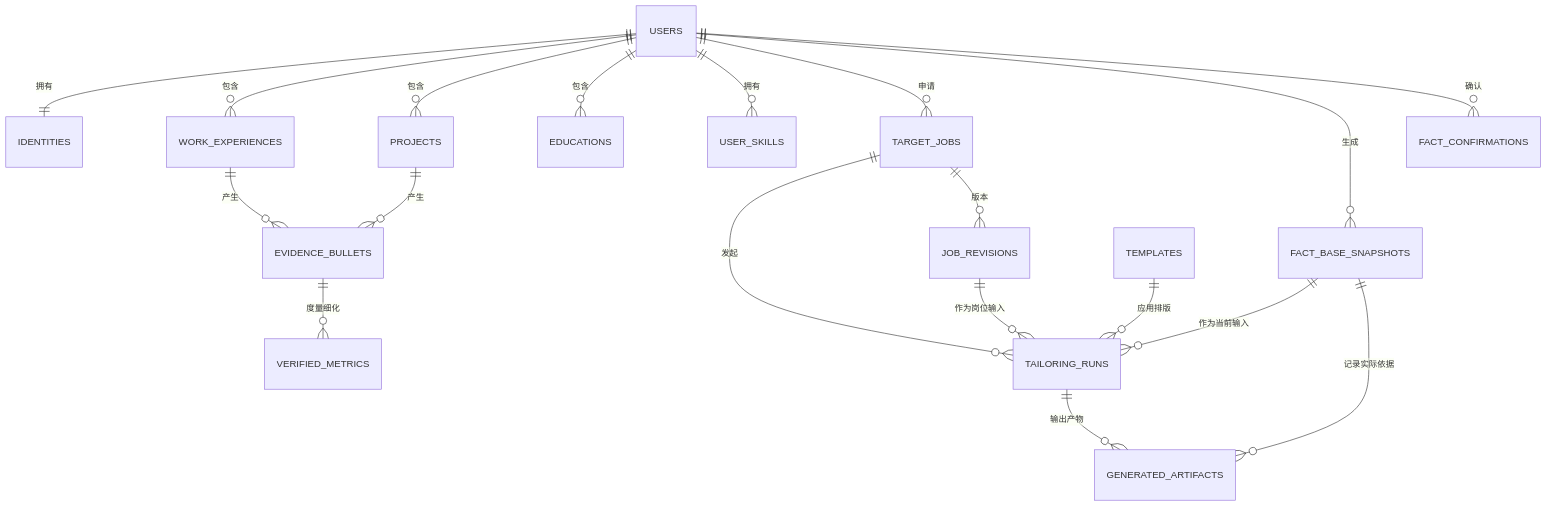
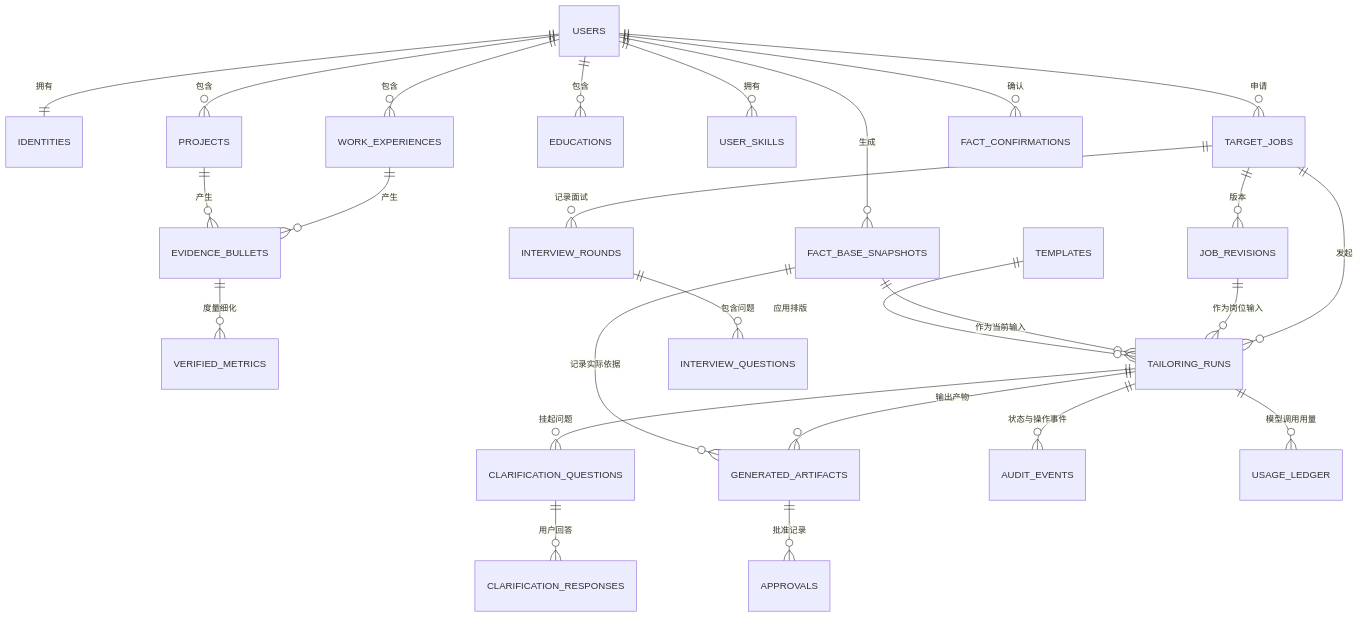
Before and after one commit to zy79/Resume_tailor: the second of 2 diagrams in documents/resume_tailor_agent_design.md, drawn with Mermaid. The commit also changed other lines of this file and 8 other files, not shown here.

````diff
--- a/documents/resume_tailor_agent_design.md
+++ b/documents/resume_tailor_agent_design.md
@@ -434,23 +680,30 @@
 ```mermaid
 erDiagram
     USERS ||--|| IDENTITIES : "拥有"
     USERS ||--o{ WORK_EXPERIENCES : "包含"
     USERS ||--o{ PROJECTS : "包含"
     USERS ||--o{ EDUCATIONS : "包含"
     USERS ||--o{ USER_SKILLS : "拥有"
     USERS ||--o{ TARGET_JOBS : "申请"
     USERS ||--o{ FACT_BASE_SNAPSHOTS : "生成"
     USERS ||--o{ FACT_CONFIRMATIONS : "确认"
 
     WORK_EXPERIENCES ||--o{ EVIDENCE_BULLETS : "产生"
     PROJECTS ||--o{ EVIDENCE_BULLETS : "产生"
     EVIDENCE_BULLETS ||--o{ VERIFIED_METRICS : "度量细化"
 
     TARGET_JOBS ||--o{ TAILORING_RUNS : "发起"
     TARGET_JOBS ||--o{ JOB_REVISIONS : "版本"
+    TARGET_JOBS ||--o{ INTERVIEW_ROUNDS : "记录面试"
+    INTERVIEW_ROUNDS ||--o{ INTERVIEW_QUESTIONS : "包含问题"
     JOB_REVISIONS ||--o{ TAILORING_RUNS : "作为岗位输入"
     FACT_BASE_SNAPSHOTS ||--o{ TAILORING_RUNS : "作为当前输入"
     TEMPLATES ||--o{ TAILORING_RUNS : "应用排版"
     TAILORING_RUNS ||--o{ GENERATED_ARTIFACTS : "输出产物"
     FACT_BASE_SNAPSHOTS ||--o{ GENERATED_ARTIFACTS : "记录实际依据"
+    TAILORING_RUNS ||--o{ CLARIFICATION_QUESTIONS : "挂起问题"
+    CLARIFICATION_QUESTIONS ||--o{ CLARIFICATION_RESPONSES : "用户回答"
+    GENERATED_ARTIFACTS ||--o{ APPROVALS : "批准记录"
+    TAILORING_RUNS ||--o{ AUDIT_EVENTS : "状态与操作事件"
+    TAILORING_RUNS ||--o{ USAGE_LEDGER : "模型调用用量"
 ```
````
